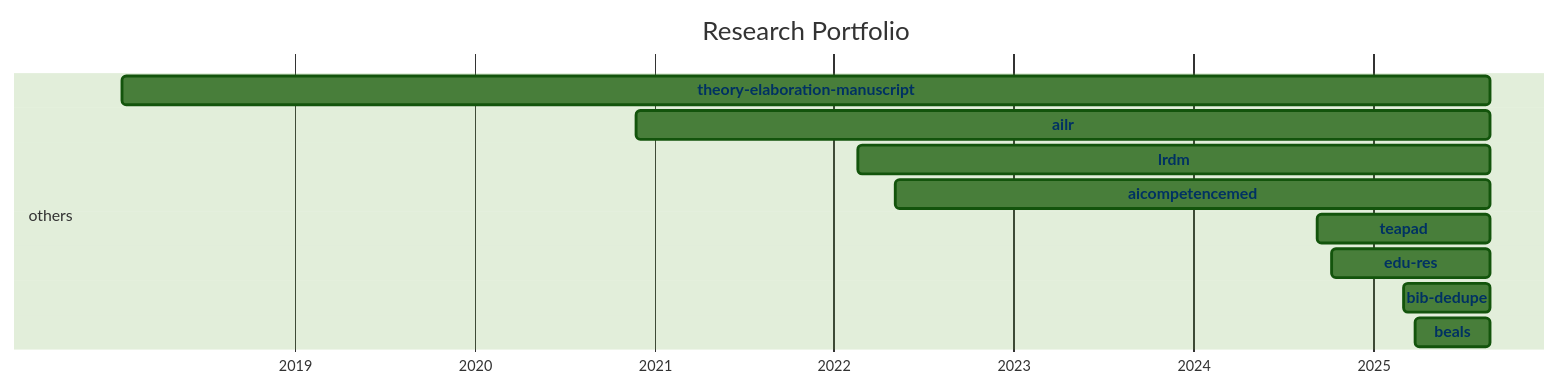
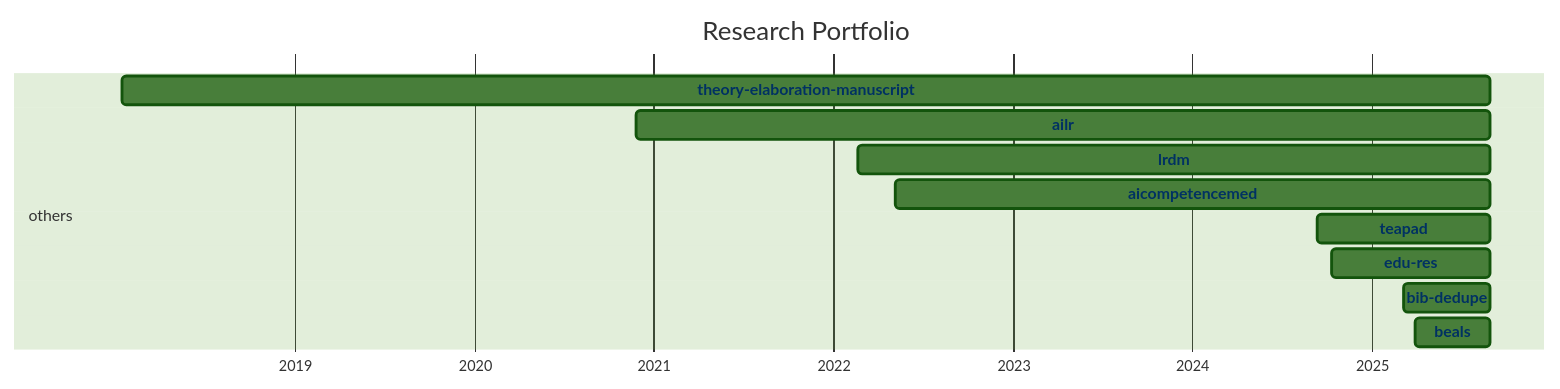
Before and after one commit to digital-work-lab/handbook: the diagram in docs/20-research/25-projects-gantt.md, drawn with Mermaid (forest theme). The commit also changed 1 other file, not shown here.

Commit message:
Update repository overview

````diff
--- a/docs/20-research/25-projects-gantt.md
+++ b/docs/20-research/25-projects-gantt.md
@@ -8,35 +8,35 @@
 ```mermaid
 ---
 displayMode: compact
 ---
 gantt
 title Research Portfolio
 dateFormat YYYY-MM-DD
 axisFormat %Y
 
     section work_practices
 
     section distributed_organizing
 
     section knowledge_synthesis
 
     section others
-        beals :beals, 2025-03-28, 2025-08-27
-        bib-dedupe :bib-dedupe, 2025-03-04, 2025-08-27
-        edu-res :edu-res, 2024-10-10, 2025-08-27
-        teapad :teapad, 2024-09-10, 2025-08-27
-        aicompetencemed :aicompetencemed, 2022-05-06, 2025-08-27
-        lrdm :lrdm, 2022-02-20, 2025-08-27
-        ailr :ailr, 2020-11-26, 2025-08-27
-        theory-elaboration-manuscript :theory-elaboration-manuscript, 2018-01-15, 2025-08-27
+        beals :beals, 2025-03-28, 2025-08-28
+        bib-dedupe :bib-dedupe, 2025-03-04, 2025-08-28
+        edu-res :edu-res, 2024-10-10, 2025-08-28
+        teapad :teapad, 2024-09-10, 2025-08-28
+        aicompetencemed :aicompetencemed, 2022-05-06, 2025-08-28
+        lrdm :lrdm, 2022-02-20, 2025-08-28
+        ailr :ailr, 2020-11-26, 2025-08-28
+        theory-elaboration-manuscript :theory-elaboration-manuscript, 2018-01-15, 2025-08-28
 
 
     click beals href "{{ site.baseurl }}/docs/10-lab/18-resources/beals.html"
     click bib-dedupe href "{{ site.baseurl }}/docs/10-lab/18-resources/bib-dedupe.html"
     click edu-res href "{{ site.baseurl }}/docs/10-lab/18-resources/edu-res.html"
     click teapad href "{{ site.baseurl }}/docs/10-lab/18-resources/teapad.html"
     click aicompetencemed href "{{ site.baseurl }}/docs/10-lab/18-resources/aicompetencemed.html"
     click lrdm href "{{ site.baseurl }}/docs/10-lab/18-resources/lrdm.html"
     click ailr href "{{ site.baseurl }}/docs/10-lab/18-resources/ailr.html"
     click theory-elaboration-manuscript href "{{ site.baseurl }}/docs/10-lab/18-resources/theory-elaboration-manuscript.html"
 ```
````
